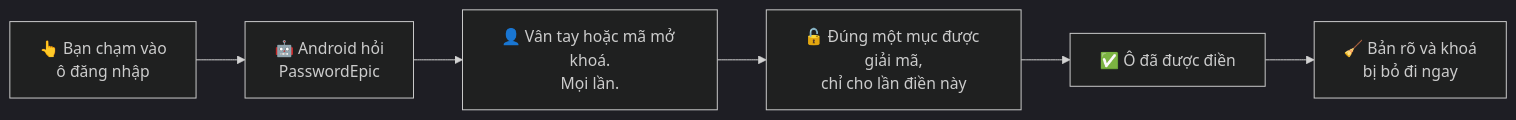
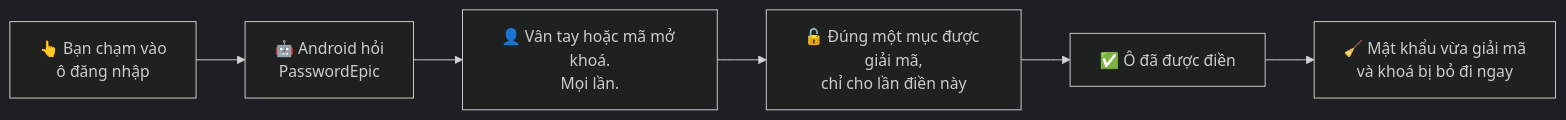
The third of 3 diagrams in i18n/vi/docusaurus-plugin-content-docs/current/autofill.md (TuPhung369/passwordepic-website), drawn with Mermaid (dark theme) before and after one commit. The commit also changed other lines of this file and 4 other files, not shown here.

````diff
--- a/i18n/vi/docusaurus-plugin-content-docs/current/autofill.md
+++ b/i18n/vi/docusaurus-plugin-content-docs/current/autofill.md
@@ -152,8 +153,8 @@
 ```mermaid
 flowchart LR
   A["👆 Bạn chạm vào<br/>ô đăng nhập"] --> B["🤖 Android hỏi<br/>PasswordEpic"]
   B --> C["👤 Vân tay hoặc mã mở khoá.<br/>Mọi lần."]
   C --> D["🔓 Đúng một mục được giải mã,<br/>chỉ cho lần điền này"]
   D --> E["✅ Ô đã được điền"]
-  E --> F["🧹 Bản rõ và khoá<br/>bị bỏ đi ngay"]
+  E --> F["🧹 Mật khẩu vừa giải mã<br/>và khoá bị bỏ đi ngay"]
 ```
````
